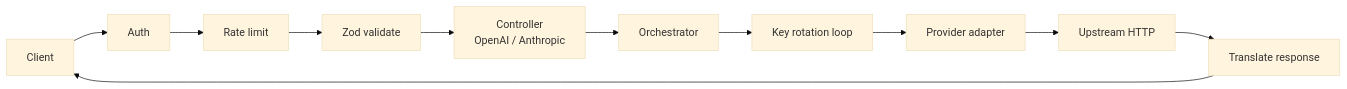
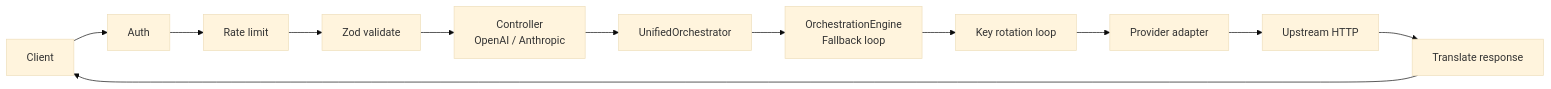
One commit to not-lucky/waypoint changed the diagram in README.md. Above: the diagram before and after it, drawn with Mermaid (base theme). The commit also changed other lines of this file and 91 other files, not shown here.

First line of the commit message:
ref: Consolidate architecture and expand documentation

````diff
--- a/README.md
+++ b/README.md
@@ -20,13 +20,14 @@
 ```mermaid
 flowchart LR
   A[Client] --> B[Auth]
   B --> C[Rate limit]
   C --> D[Zod validate]
   D --> E[Controller<br/>OpenAI / Anthropic]
-  E --> F[Orchestrator]
-  F --> G[Key rotation loop]
-  G --> H[Provider adapter]
-  H --> I[Upstream HTTP]
-  I --> J[Translate response]
-  J --> A
+  E --> F[UnifiedOrchestrator]
+  F --> G[OrchestrationEngine<br/>Fallback loop]
+  G --> H[Key rotation loop]
+  H --> I[Provider adapter]
+  I --> J[Upstream HTTP]
+  J --> K[Translate response]
+  K --> A
 ```
````
